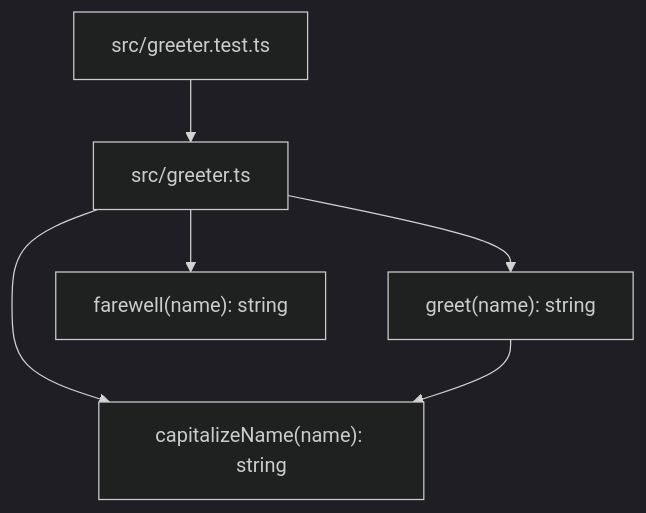
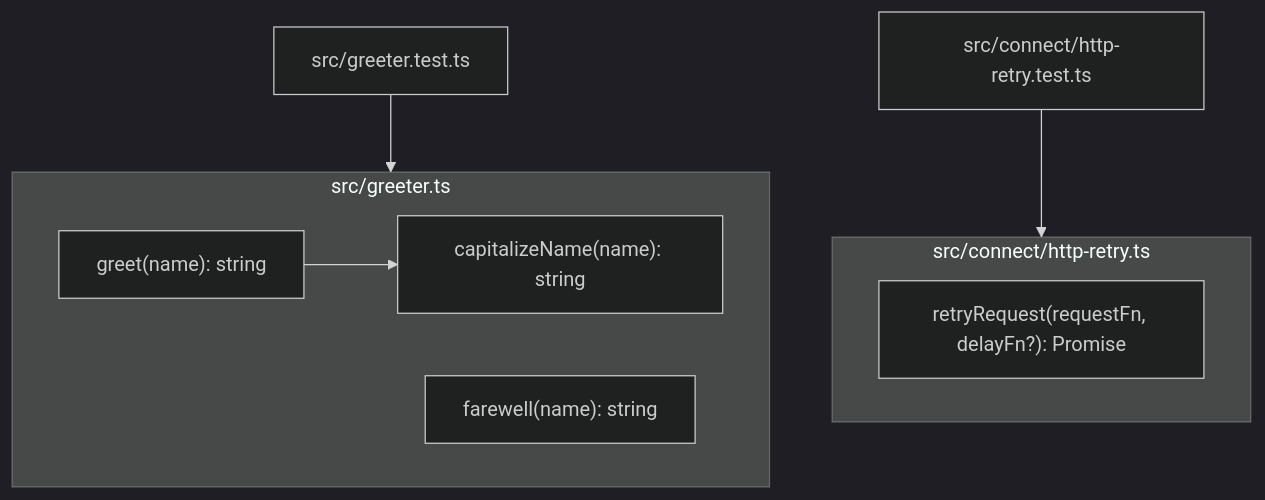
Before and after one commit to narmada-chittem/resolver-rules-testbed: the diagram in .resolver/knowledge/architecture.md, drawn with Mermaid (dark theme). The commit also changed other lines of this file and 3 other files, not shown here.

````diff
--- a/.resolver/knowledge/architecture.md
+++ b/.resolver/knowledge/architecture.md
@@ -20,14 +24,18 @@
 ```mermaid
 flowchart TD
-    greeter["src/greeter.ts"]
-    capitalizeName["capitalizeName(name): string"]
-    greet["greet(name): string"]
-    farewell["farewell(name): string"]
-    test["src/greeter.test.ts"]
+    subgraph greeter[src/greeter.ts]
+        capitalizeName["capitalizeName(name): string"]
+        greet["greet(name): string"]
+        farewell["farewell(name): string"]
+    end
+    greeterTest["src/greeter.test.ts"]
 
-    greeter --> capitalizeName
-    greeter --> greet
-    greeter --> farewell
+    subgraph connect[src/connect/http-retry.ts]
+        retryRequest["retryRequest(requestFn, delayFn?): Promise"]
+    end
+    connectTest["src/connect/http-retry.test.ts"]
+
     greet --> capitalizeName
-    test --> greeter
+    greeterTest --> greeter
+    connectTest --> connect
 ```
````
